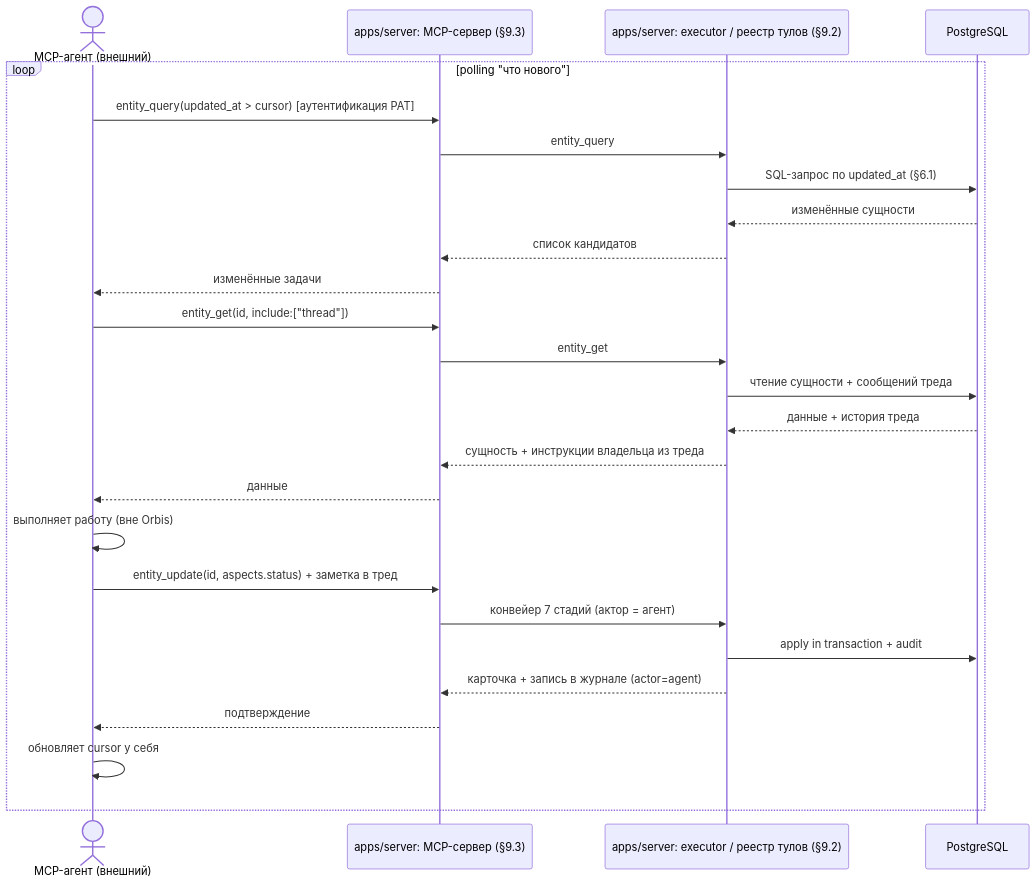
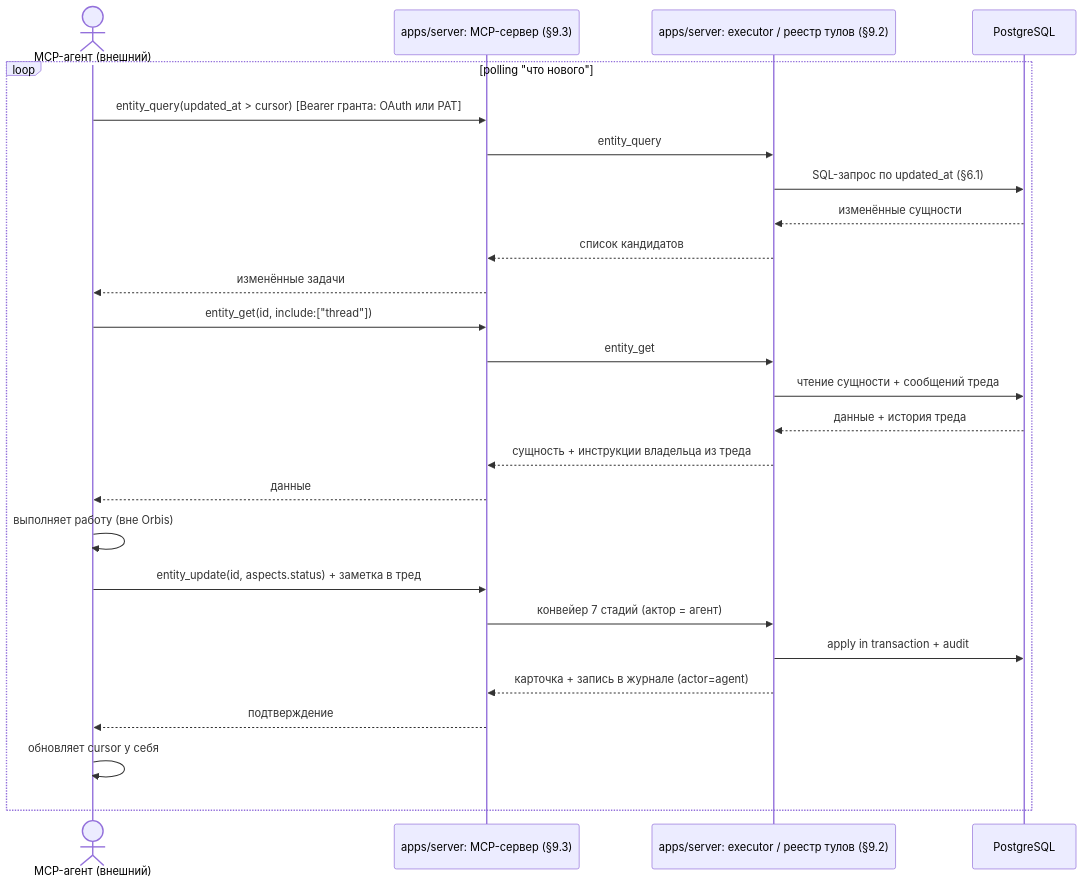
The sixth of 8 diagrams in docs/implementation/00-architecture.md (qvenge/orbis), drawn with Mermaid before and after one commit. The commit also changed other lines of this file and 9 other files, not shown here.

````diff
--- a/docs/implementation/00-architecture.md
+++ b/docs/implementation/00-architecture.md
@@ -241,33 +241,33 @@
 ```mermaid
 sequenceDiagram
     actor Agent as MCP-агент (внешний)
     participant MCP as apps/server: MCP-сервер (§9.3)
     participant Executor as apps/server: executor / реестр тулов (§9.2)
     participant DB as PostgreSQL
 
     loop polling "что нового"
-        Agent->>MCP: entity_query(updated_at > cursor) [аутентификация PAT]
+        Agent->>MCP: entity_query(updated_at > cursor) [Bearer гранта: OAuth или PAT]
         MCP->>Executor: entity_query
         Executor->>DB: SQL-запрос по updated_at (§6.1)
         DB-->>Executor: изменённые сущности
         Executor-->>MCP: список кандидатов
         MCP-->>Agent: изменённые задачи
 
         Agent->>MCP: entity_get(id, include:["thread"])
         MCP->>Executor: entity_get
         Executor->>DB: чтение сущности + сообщений треда
         DB-->>Executor: данные + история треда
         Executor-->>MCP: сущность + инструкции владельца из треда
         MCP-->>Agent: данные
 
         Agent->>Agent: выполняет работу (вне Orbis)
 
         Agent->>MCP: entity_update(id, aspects.status) + заметка в тред
         MCP->>Executor: конвейер 7 стадий (актор = агент)
         Executor->>DB: apply in transaction + audit
         Executor-->>MCP: карточка + запись в журнале (actor=agent)
         MCP-->>Agent: подтверждение
 
         Agent->>Agent: обновляет cursor у себя
     end
 ```
````
